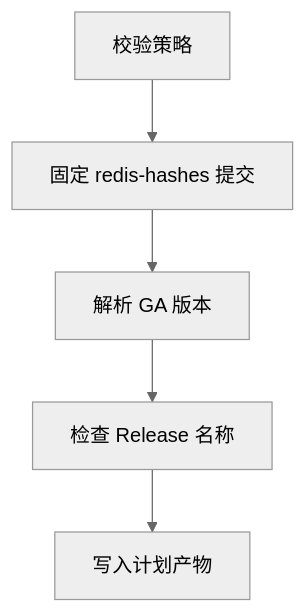
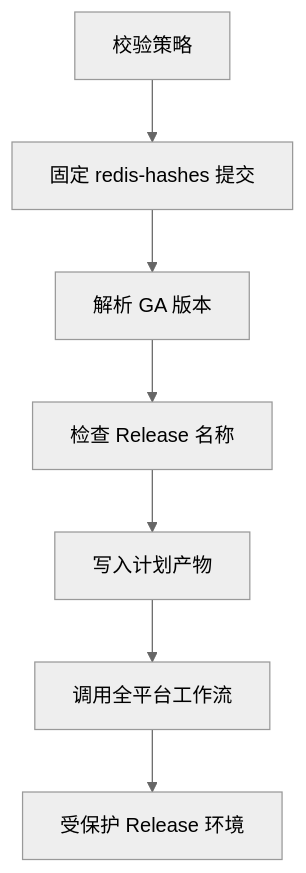
Before and after one commit to ainuoyan/redis-unofficial-builds: the diagram in docs/PLATFORM-DESIGN.zh-CN.md, drawn with Mermaid (neutral theme). The commit also changed other lines of this file and 11 other files, not shown here.

````diff
--- a/docs/PLATFORM-DESIGN.zh-CN.md
+++ b/docs/PLATFORM-DESIGN.zh-CN.md
@@ -340,7 +342,9 @@
 ```mermaid
 flowchart TD
     A["校验策略"] --> B["固定 redis-hashes 提交"]
     B --> C["解析 GA 版本"]
     C --> D["检查 Release 名称"]
     D --> E["写入计划产物"]
+    E --> F["调用全平台工作流"]
+    F --> G["受保护 Release 环境"]
 ```
````
